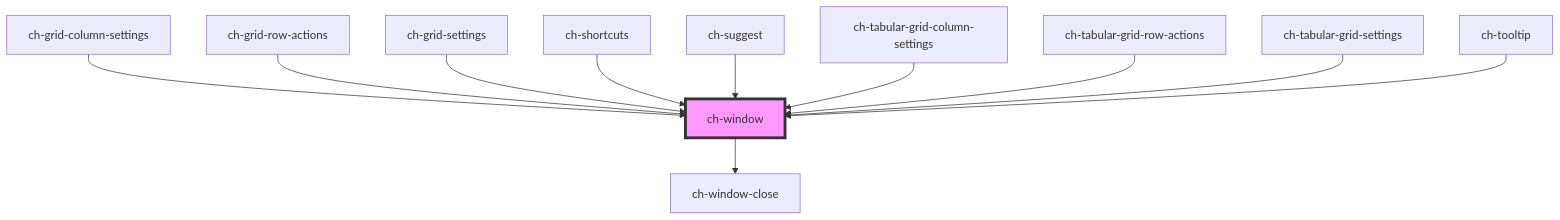
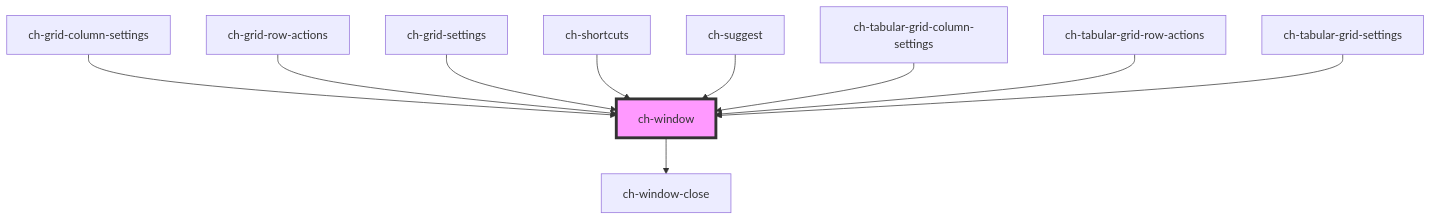
One commit to genexuslabs/chameleon-controls-library changed the diagram in src/deprecated-components/window/readme.md. Above: the diagram before and after it, drawn with Mermaid. The commit also changed other lines of this file and 25 other files, not shown here.

````diff
--- a/src/deprecated-components/window/readme.md
+++ b/src/deprecated-components/window/readme.md
@@ -73,14 +72,13 @@
 ```mermaid
 graph TD;
   ch-window --> ch-window-close
   ch-grid-column-settings --> ch-window
   ch-grid-row-actions --> ch-window
   ch-grid-settings --> ch-window
   ch-shortcuts --> ch-window
   ch-suggest --> ch-window
   ch-tabular-grid-column-settings --> ch-window
   ch-tabular-grid-row-actions --> ch-window
   ch-tabular-grid-settings --> ch-window
-  ch-tooltip --> ch-window
   style ch-window fill:#f9f,stroke:#333,stroke-width:4px
 ```
````
